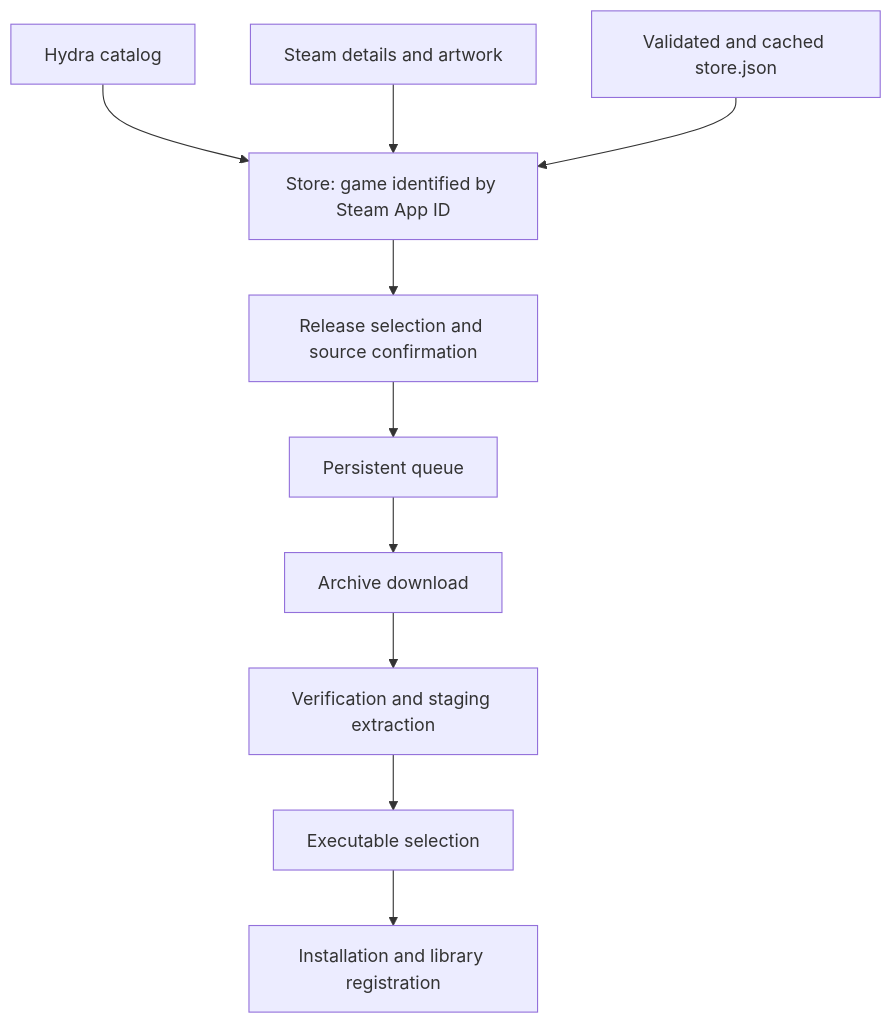
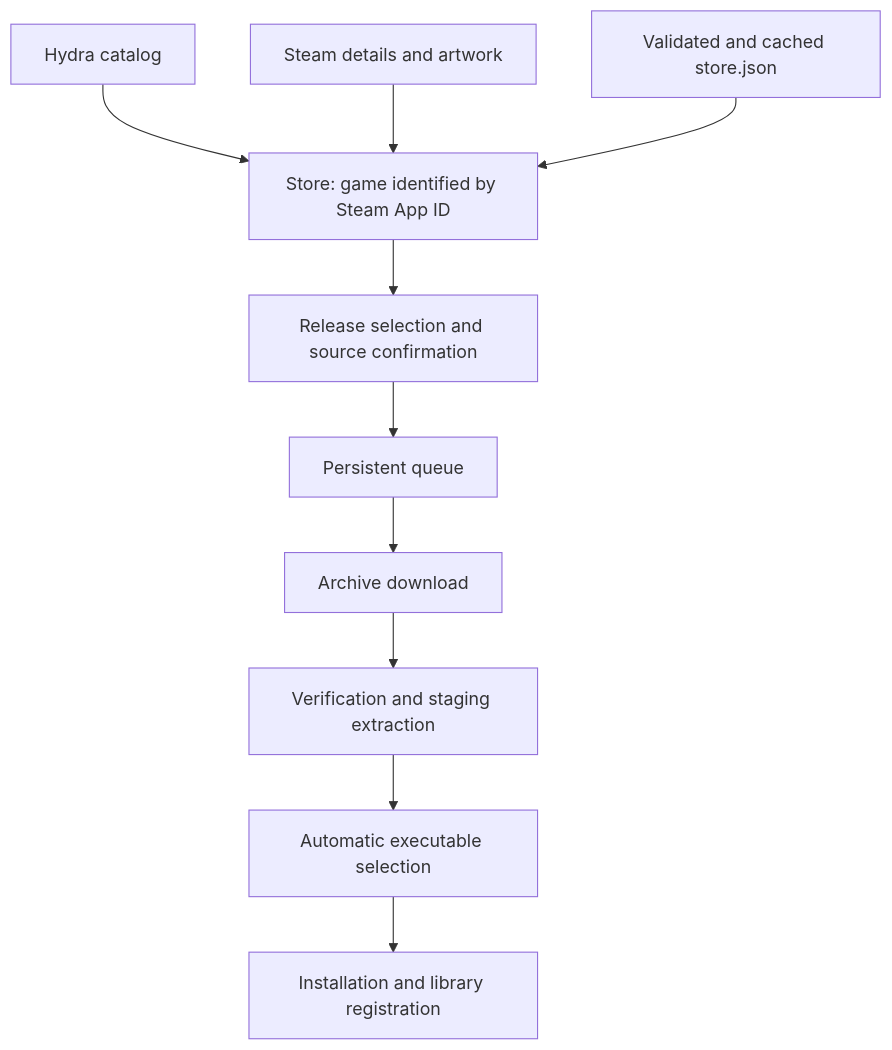
One commit to fraa2a/Legio changed the diagram in _meta/docs/SCHEMA.md. Above: the diagram before and after it, drawn with Mermaid. The commit also changed other lines of this file and 44 other files, not shown here.

````diff
--- a/_meta/docs/SCHEMA.md
+++ b/_meta/docs/SCHEMA.md
@@ -17,12 +17,12 @@
 ```mermaid
 flowchart TD
     Hydra[Hydra catalog] --> Store[Store: game identified by Steam App ID]
     Steam[Steam details and artwork] --> Store
     Manifest[Validated and cached store.json] --> Store
     Store --> Selection[Release selection and source confirmation]
     Selection --> Queue[Persistent queue]
     Queue --> Archive[Archive download]
     Archive --> Stage[Verification and staging extraction]
-    Stage --> Executable[Executable selection]
+    Stage --> Executable[Automatic executable selection]
     Executable --> Library[Installation and library registration]
 ```
````
